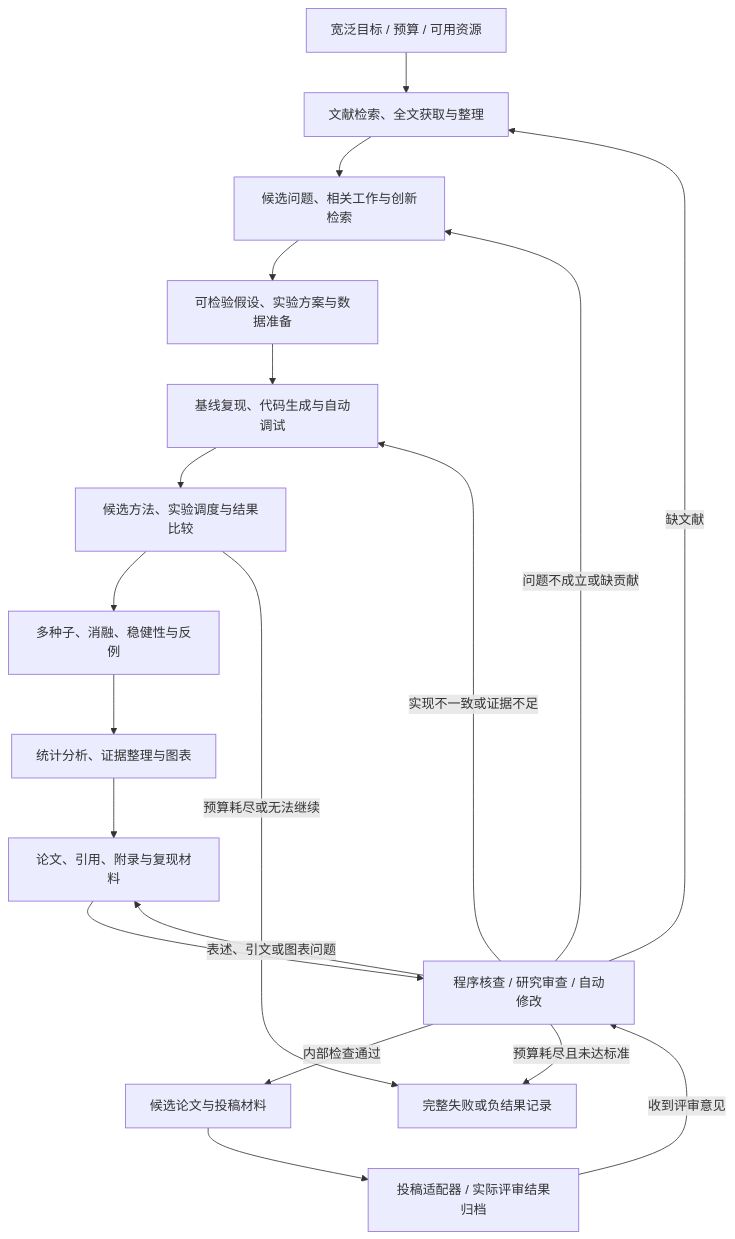
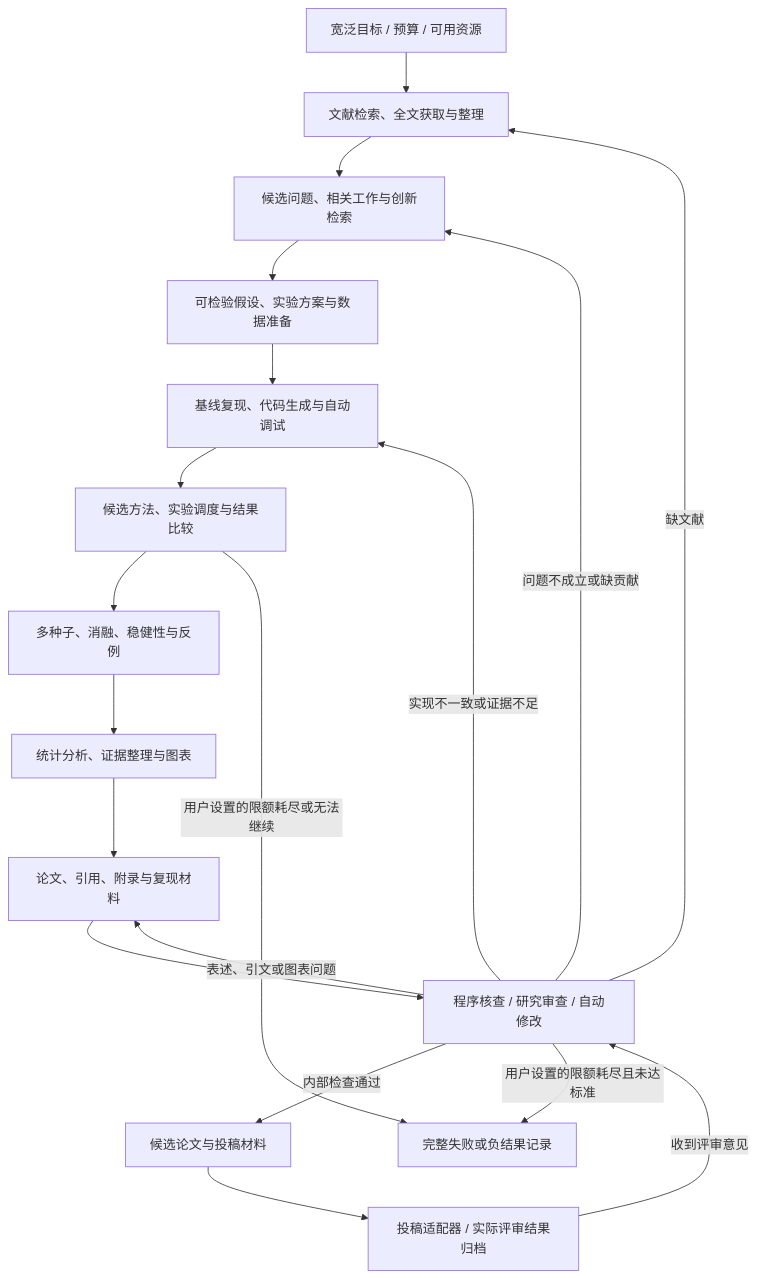
One commit to githud-yang/AIU-interview-2026 changed the diagram in docs/harness-plan.md. Above: the diagram before and after it, drawn with Mermaid. The commit also changed other lines of this file and 52 other files, not shown here.

````diff
--- a/docs/harness-plan.md
+++ b/docs/harness-plan.md
@@ -41,21 +43,21 @@
 ```mermaid
 flowchart TD
     A[宽泛目标 / 预算 / 可用资源] --> B[文献检索、全文获取与整理]
     B --> C[候选问题、相关工作与创新检索]
     C --> D[可检验假设、实验方案与数据准备]
     D --> E[基线复现、代码生成与自动调试]
     E --> F[候选方法、实验调度与结果比较]
     F --> G[多种子、消融、稳健性与反例]
     G --> H[统计分析、证据整理与图表]
     H --> I[论文、引用、附录与复现材料]
     I --> J[程序核查 / 研究审查 / 自动修改]
     J -->|缺文献| B
     J -->|问题不成立或缺贡献| C
     J -->|实现不一致或证据不足| E
     J -->|表述、引文或图表问题| I
     J -->|内部检查通过| K[候选论文与投稿材料]
     K --> L[投稿适配器 / 实际评审结果归档]
     L -->|收到评审意见| J
-    F -->|预算耗尽或无法继续| X[完整失败或负结果记录]
-    J -->|预算耗尽且未达标准| X
+    F -->|用户设置的限额耗尽或无法继续| X[完整失败或负结果记录]
+    J -->|用户设置的限额耗尽且未达标准| X
 ```
````
